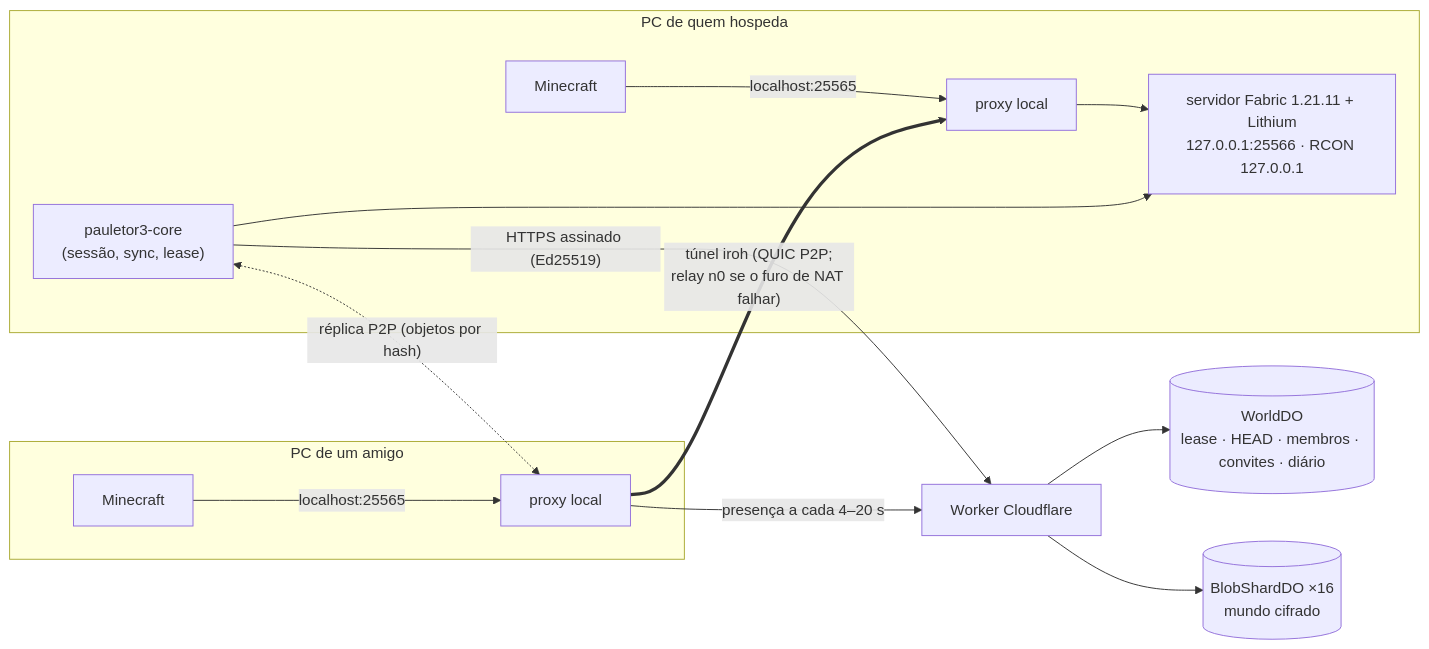
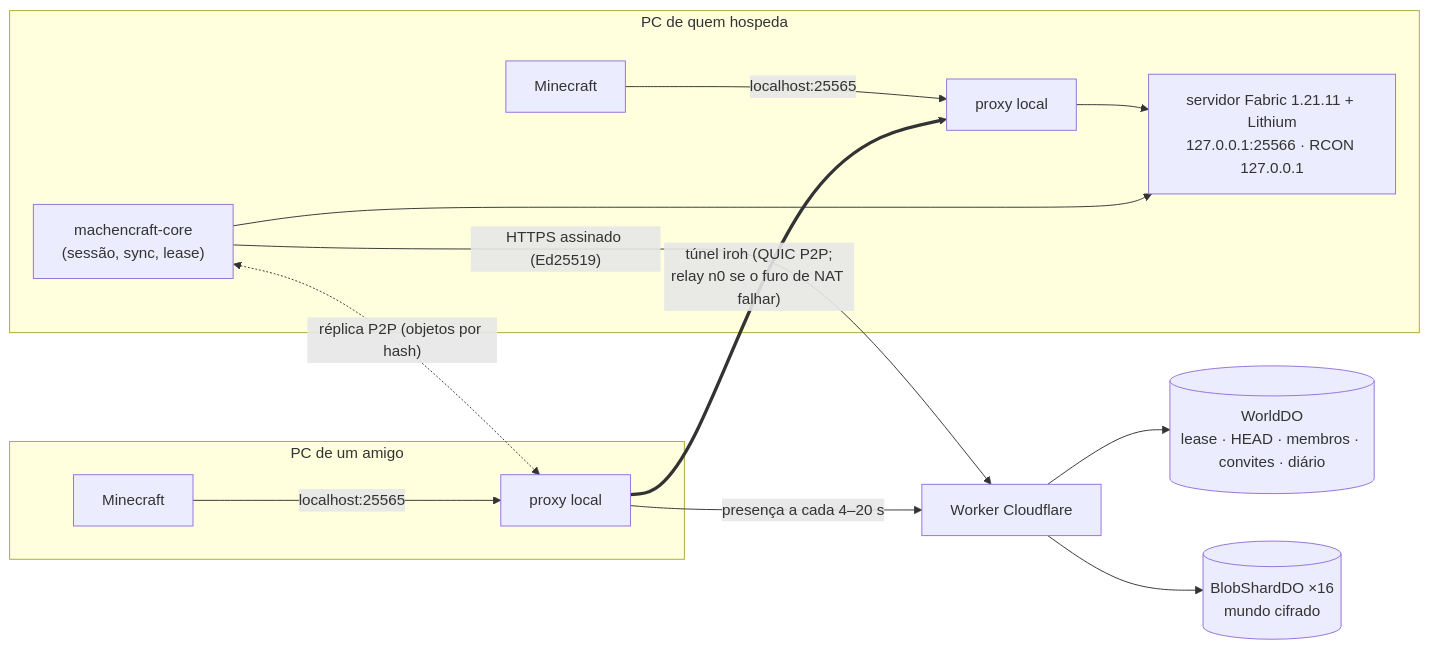
The first of 2 diagrams in docs/arquitetura.md (pauletor3world/pauletor3), drawn with Mermaid before and after one commit. The commit also changed 88 other files, not shown here.

````diff
--- a/docs/arquitetura.md
+++ b/docs/arquitetura.md
@@ -3,17 +3,17 @@
 ```mermaid
 flowchart LR
   subgraph PC1["PC de quem hospeda"]
     MC1["Minecraft"] -->|"localhost:25565"| PX1["proxy local"]
     PX1 --> SRV["servidor Fabric 1.21.11 + Lithium<br/>127.0.0.1:25566 · RCON 127.0.0.1"]
-    CORE1["pauletor3-core<br/>(sessão, sync, lease)"] --> SRV
+    CORE1["machencraft-core<br/>(sessão, sync, lease)"] --> SRV
   end
   subgraph PC2["PC de um amigo"]
     MC2["Minecraft"] -->|"localhost:25565"| PX2["proxy local"]
   end
   PX2 == "túnel iroh (QUIC P2P;<br/>relay n0 se o furo de NAT falhar)" ==> PX1
   CORE1 <-. "réplica P2P (objetos por hash)" .-> PX2
   CORE1 -->|"HTTPS assinado (Ed25519)"| W["Worker Cloudflare"]
   PX2 -->|"presença a cada 4–20 s"| W
   W --> DO1[("WorldDO<br/>lease · HEAD · membros · convites · diário")]
   W --> DO2[("BlobShardDO ×16<br/>mundo cifrado")]
 ```
````
